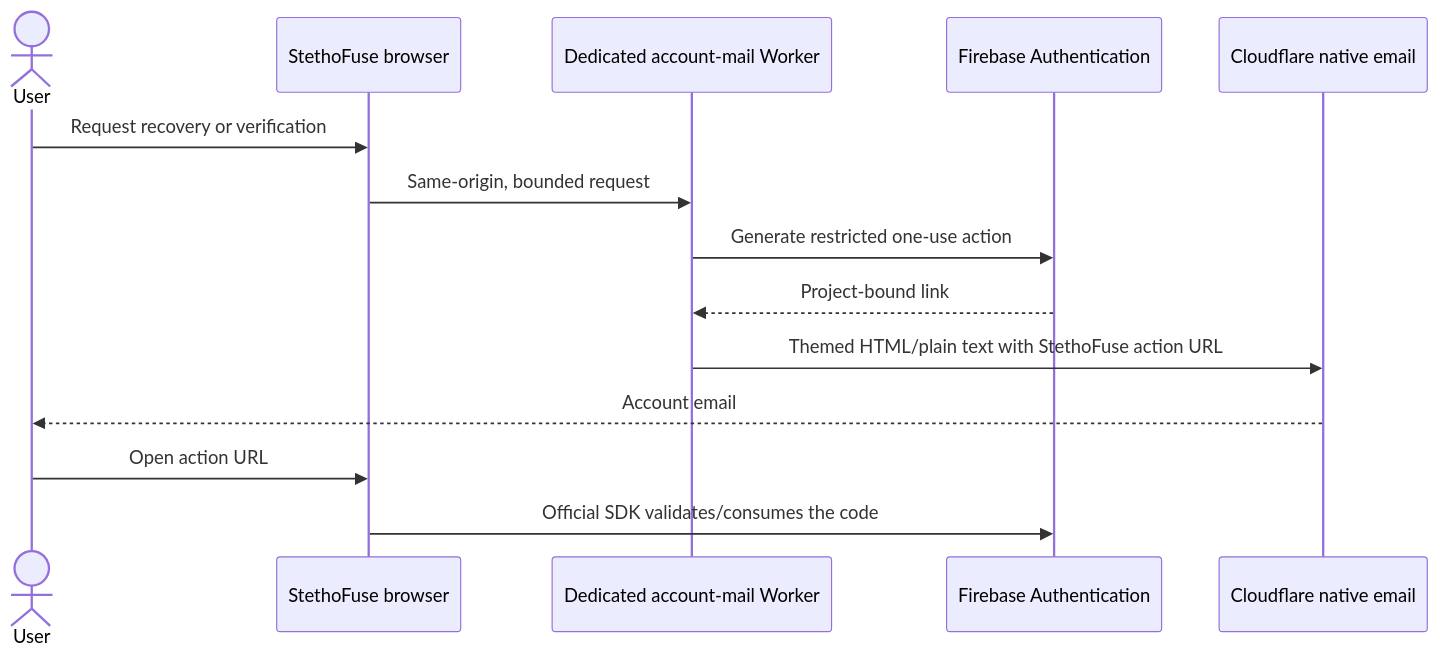
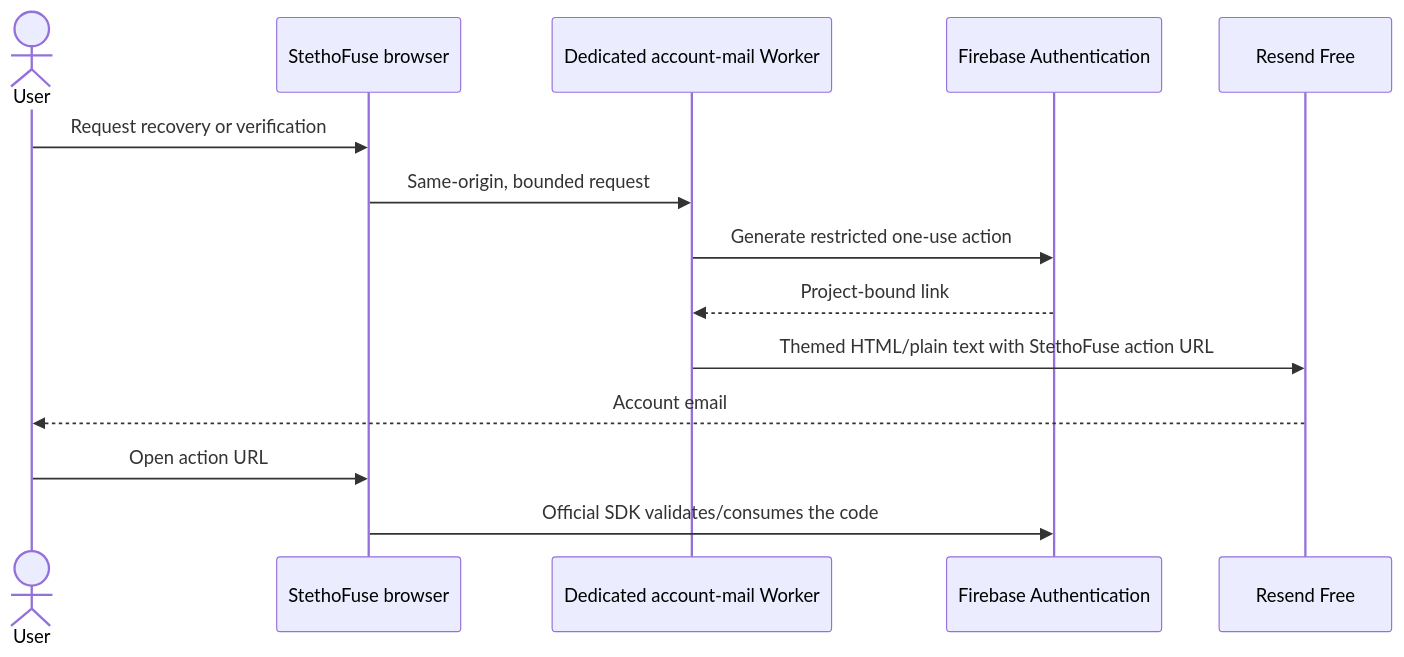
The diagram in docs/ACCOUNT_EMAIL_DELIVERY.md (ASHRAF-2004/StethoFuse), drawn with Mermaid before and after one commit. The commit also changed other lines of this file and 12 other files, not shown here.

````diff
--- a/docs/ACCOUNT_EMAIL_DELIVERY.md
+++ b/docs/ACCOUNT_EMAIL_DELIVERY.md
@@ -16,16 +17,16 @@
 ```mermaid
 sequenceDiagram
     actor User
     participant App as StethoFuse browser
     participant Mail as Dedicated account-mail Worker
     participant Auth as Firebase Authentication
-    participant Email as Cloudflare native email
+    participant Email as Resend Free
     User->>App: Request recovery or verification
     App->>Mail: Same-origin, bounded request
     Mail->>Auth: Generate restricted one-use action
     Auth-->>Mail: Project-bound link
     Mail->>Email: Themed HTML/plain text with StethoFuse action URL
     Email-->>User: Account email
     User->>App: Open action URL
     App->>Auth: Official SDK validates/consumes the code
 ```
````
